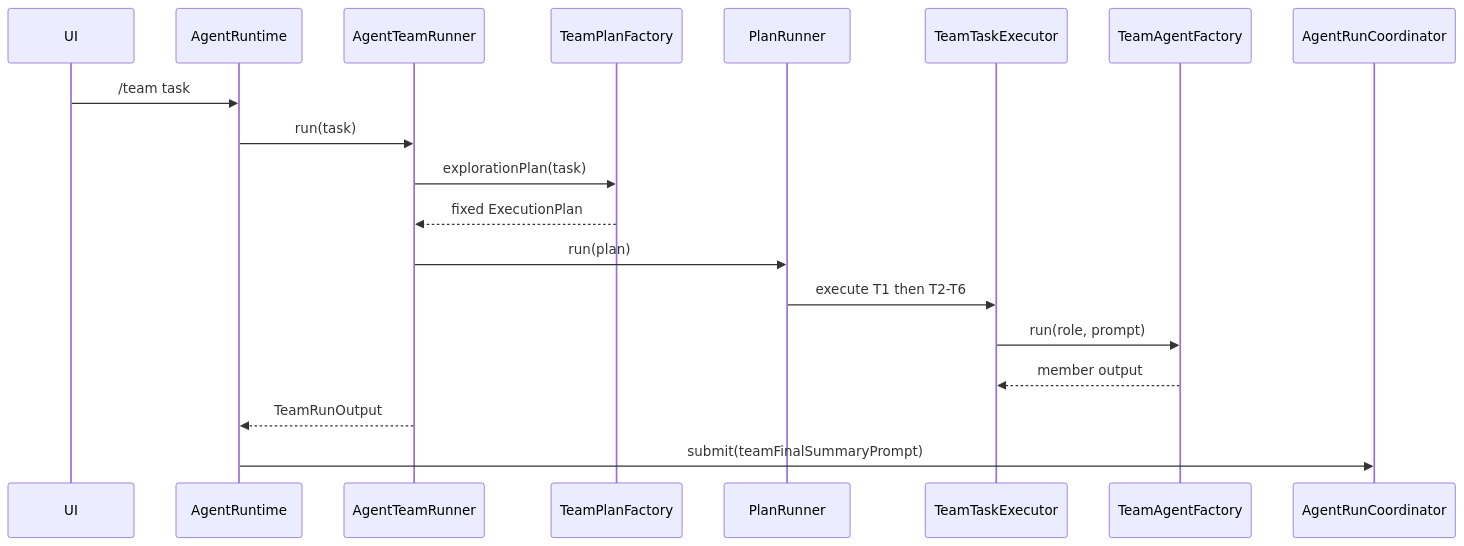
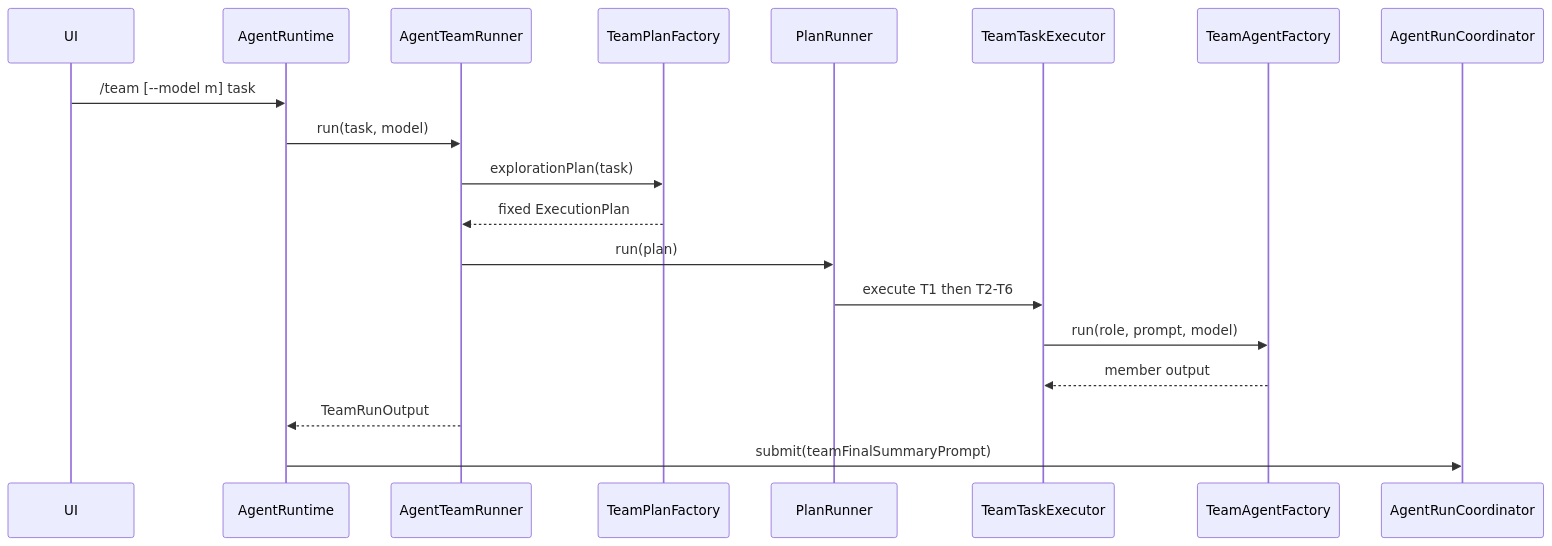
Before and after one commit to yangzhb-cn/aster: the sixth of 10 diagrams in docs/ai-readme/generated/core-flows.md, drawn with Mermaid. The commit also changed other lines of this file and 52 other files, not shown here.

````diff
--- a/docs/ai-readme/generated/core-flows.md
+++ b/docs/ai-readme/generated/core-flows.md
@@ -266,22 +269,22 @@
 ```mermaid
 sequenceDiagram
     participant UI as UI
     participant Runtime as AgentRuntime
     participant Team as AgentTeamRunner
     participant Factory as TeamPlanFactory
     participant Runner as PlanRunner
     participant Task as TeamTaskExecutor
     participant Agent as TeamAgentFactory
     participant Main as AgentRunCoordinator
 
-    UI->>Runtime: /team task
-    Runtime->>Team: run(task)
+    UI->>Runtime: /team [--model m] task
+    Runtime->>Team: run(task, model)
     Team->>Factory: explorationPlan(task)
     Factory-->>Team: fixed ExecutionPlan
     Team->>Runner: run(plan)
     Runner->>Task: execute T1 then T2-T6
-    Task->>Agent: run(role, prompt)
+    Task->>Agent: run(role, prompt, model)
     Agent-->>Task: member output
     Team-->>Runtime: TeamRunOutput
     Runtime->>Main: submit(teamFinalSummaryPrompt)
 ```
````
